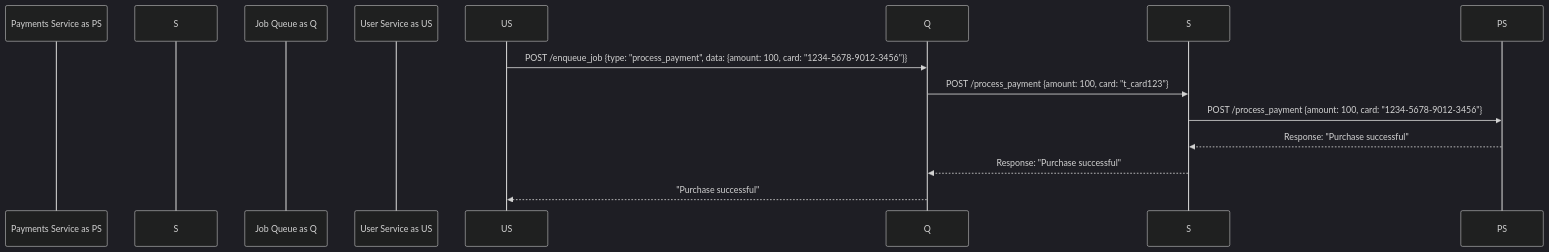
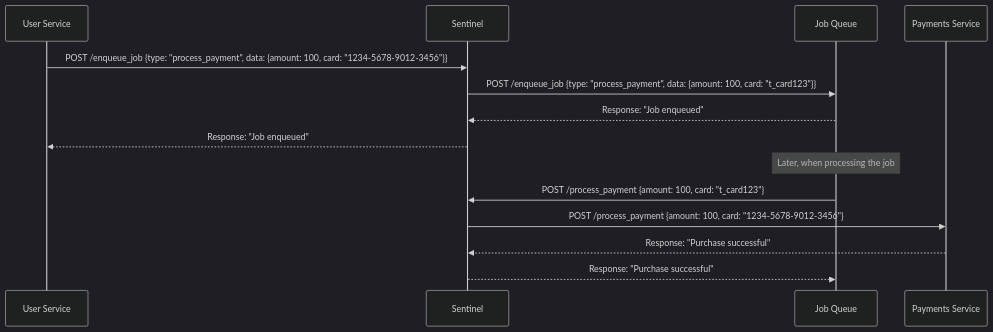
One commit to inferablehq/sentinel changed the diagram in README.md. Above: the diagram before and after it, drawn with Mermaid (dark theme). The commit also changed 1 other file, not shown here.

````diff
--- a/README.md
+++ b/README.md
@@ -27,14 +27,18 @@
 ```mermaid
 sequenceDiagram
-    participant Payments Service as PS
-    participant Sentinel as S
-    participant Job Queue as Q
-    participant User Service as US
+    participant US as User Service
+    participant S as Sentinel
+    participant Q as Job Queue
+    participant PS as Payments Service
 
-    US->>Q: POST /enqueue_job {type: "process_payment", data: {amount: 100, card: "1234-5678-9012-3456"}}
+    US->>S: POST /enqueue_job {type: "process_payment", data: {amount: 100, card: "1234-5678-9012-3456"}}
+    S->>Q: POST /enqueue_job {type: "process_payment", data: {amount: 100, card: "t_card123"}}
+    Q-->>S: Response: "Job enqueued"
+    S-->>US: Response: "Job enqueued"
+
+    Note over Q: Later, when processing the job
     Q->>S: POST /process_payment {amount: 100, card: "t_card123"}
     S->>PS: POST /process_payment {amount: 100, card: "1234-5678-9012-3456"}
     PS-->>S: Response: "Purchase successful"
     S-->>Q: Response: "Purchase successful"
-    Q-->>US: "Purchase successful"
 ```
````
